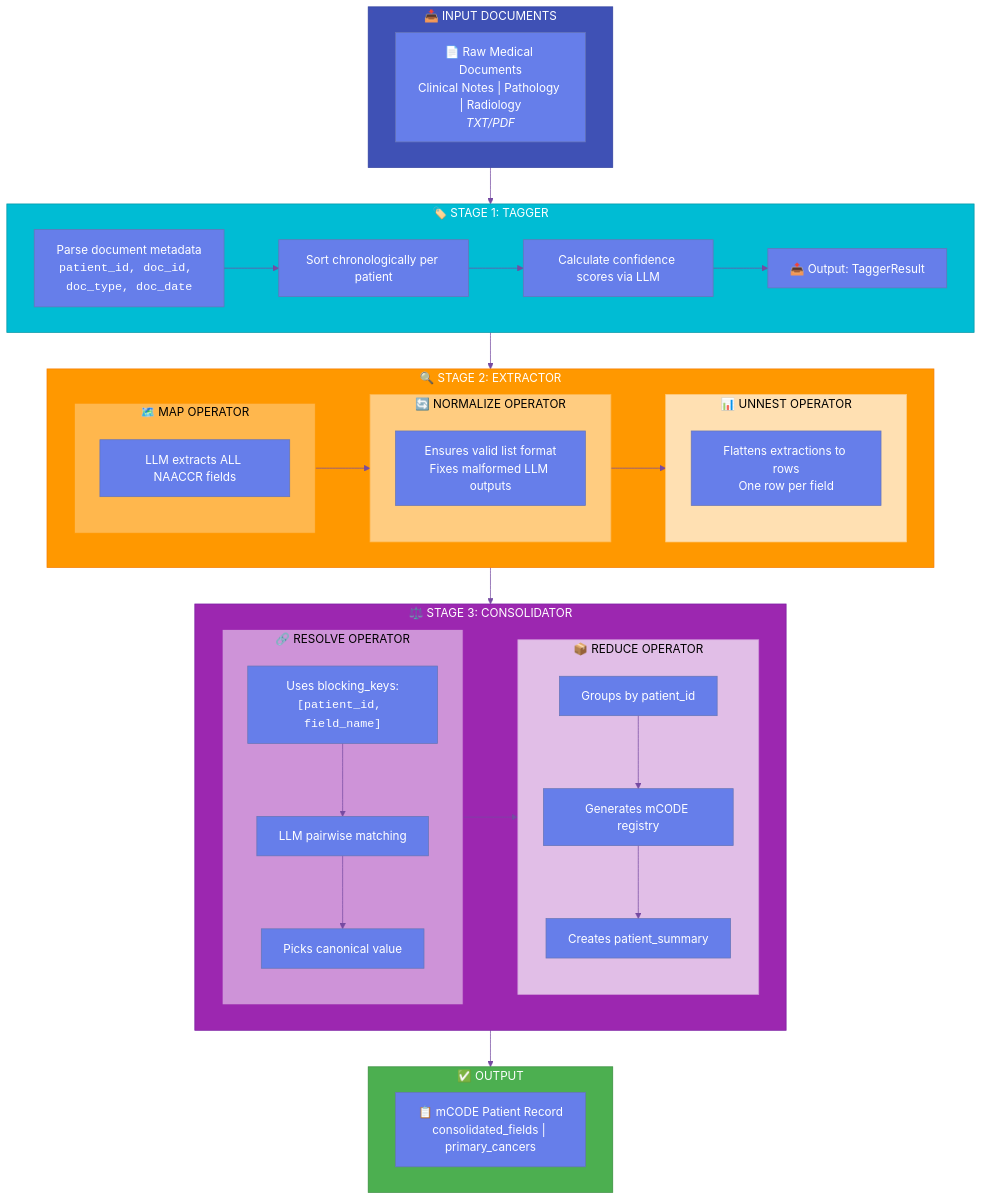
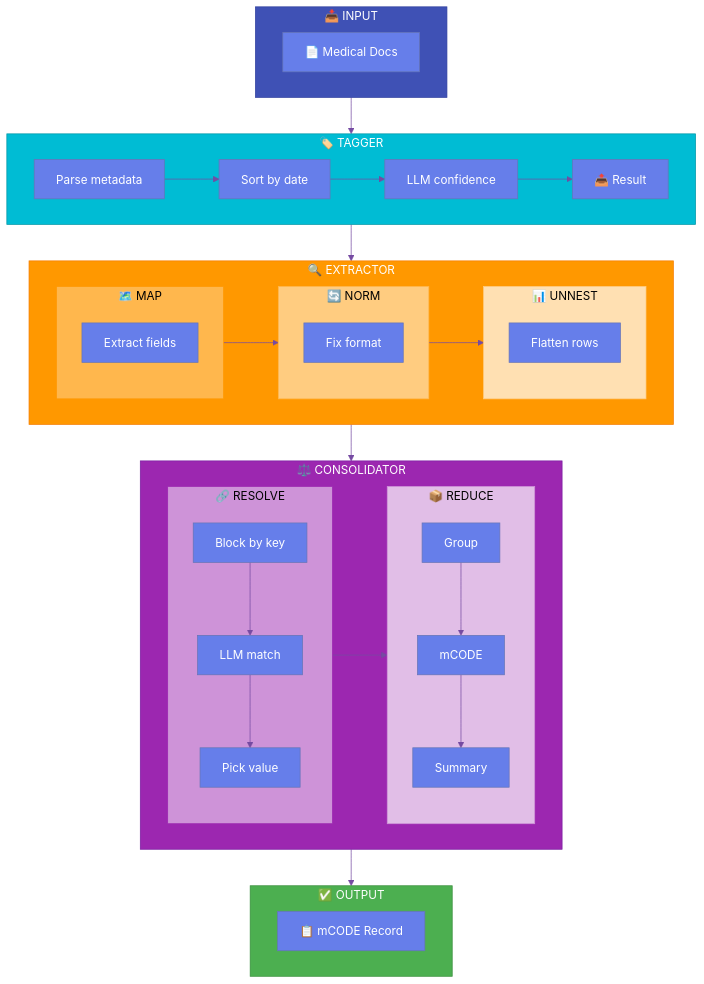
One commit to huseyincenik/john_snow_labs changed the second of 7 diagrams in data_curation/README.md. Above: the diagram before and after it, drawn with Mermaid. The commit also changed other lines of this file, not shown here.

Commit message:
fix: shorten Mermaid diagram labels to prevent text overflow

````diff
--- a/data_curation/README.md
+++ b/data_curation/README.md
@@ -122,61 +122,61 @@
 ```mermaid
 %%{init: {'theme': 'base', 'themeVariables': { 'primaryColor': '#667eea', 'primaryTextColor': '#fff', 'lineColor': '#764ba2'}}}%%
 flowchart TB
-    subgraph INPUT["📥 INPUT DOCUMENTS"]
-        DOCS["📄 Raw Medical Documents<br/>Clinical Notes | Pathology | Radiology<br/><i>TXT/PDF</i>"]
+    subgraph INPUT["📥 INPUT"]
+        DOCS["📄 Medical Docs"]
     end
 
-    subgraph STAGE1["🏷️ STAGE 1: TAGGER"]
-        T1["Parse document metadata<br/><code>patient_id, doc_id, doc_type, doc_date</code>"]
-        T2["Sort chronologically per patient"]
-        T3["Calculate confidence scores via LLM"]
-        T4["📤 Output: TaggerResult"]
+    subgraph STAGE1["🏷️ TAGGER"]
+        T1["Parse metadata"]
+        T2["Sort by date"]
+        T3["LLM confidence"]
+        T4["📤 Result"]
         T1 --> T2 --> T3 --> T4
     end
 
-    subgraph STAGE2["🔍 STAGE 2: EXTRACTOR"]
-        subgraph MAP["🗺️ MAP OPERATOR"]
-            M1["LLM extracts ALL NAACCR fields"]
+    subgraph STAGE2["🔍 EXTRACTOR"]
+        subgraph MAP["🗺️ MAP"]
+            M1["Extract fields"]
         end
-        subgraph NORMALIZE["🔄 NORMALIZE OPERATOR"]
-            N1["Ensures valid list format<br/>Fixes malformed LLM outputs"]
+        subgraph NORMALIZE["🔄 NORM"]
+            N1["Fix format"]
         end
-        subgraph UNNEST["📊 UNNEST OPERATOR"]
-            U1["Flattens extractions to rows<br/>One row per field"]
+        subgraph UNNEST["📊 UNNEST"]
+            U1["Flatten rows"]
         end
         MAP --> NORMALIZE --> UNNEST
     end
 
-    subgraph STAGE3["⚖️ STAGE 3: CONSOLIDATOR"]
-        subgraph RESOLVE["🔗 RESOLVE OPERATOR"]
-            R1["Uses blocking_keys:<br/><code>[patient_id, field_name]</code>"]
-            R2["LLM pairwise matching"]
-            R3["Picks canonical value"]
+    subgraph STAGE3["⚖️ CONSOLIDATOR"]
+        subgraph RESOLVE["🔗 RESOLVE"]
+            R1["Block by key"]
+            R2["LLM match"]
+            R3["Pick value"]
             R1 --> R2 --> R3
         end
-        subgraph REDUCE["📦 REDUCE OPERATOR"]
-            RD1["Groups by patient_id"]
-            RD2["Generates mCODE registry"]
-            RD3["Creates patient_summary"]
+        subgraph REDUCE["📦 REDUCE"]
+            RD1["Group"]
+            RD2["mCODE"]
+            RD3["Summary"]
             RD1 --> RD2 --> RD3
         end
         RESOLVE --> REDUCE
     end
 
     subgraph OUTPUT["✅ OUTPUT"]
-        OUT["📋 mCODE Patient Record<br/>consolidated_fields | primary_cancers"]
+        OUT["📋 mCODE Record"]
     end
 
     INPUT --> STAGE1 --> STAGE2 --> STAGE3 --> OUTPUT
 
     style INPUT fill:#3F51B5,stroke:#303F9F,color:#fff
     style STAGE1 fill:#00BCD4,stroke:#0097A7,color:#fff
     style STAGE2 fill:#FF9800,stroke:#F57C00,color:#fff
     style STAGE3 fill:#9C27B0,stroke:#7B1FA2,color:#fff
     style OUTPUT fill:#4CAF50,stroke:#388E3C,color:#fff
     style MAP fill:#FFB74D,stroke:#FF9800,color:#000
     style NORMALIZE fill:#FFCC80,stroke:#FFB74D,color:#000
     style UNNEST fill:#FFE0B2,stroke:#FFCC80,color:#000
     style RESOLVE fill:#CE93D8,stroke:#9C27B0,color:#000
     style REDUCE fill:#E1BEE7,stroke:#CE93D8,color:#000
 ```
````
